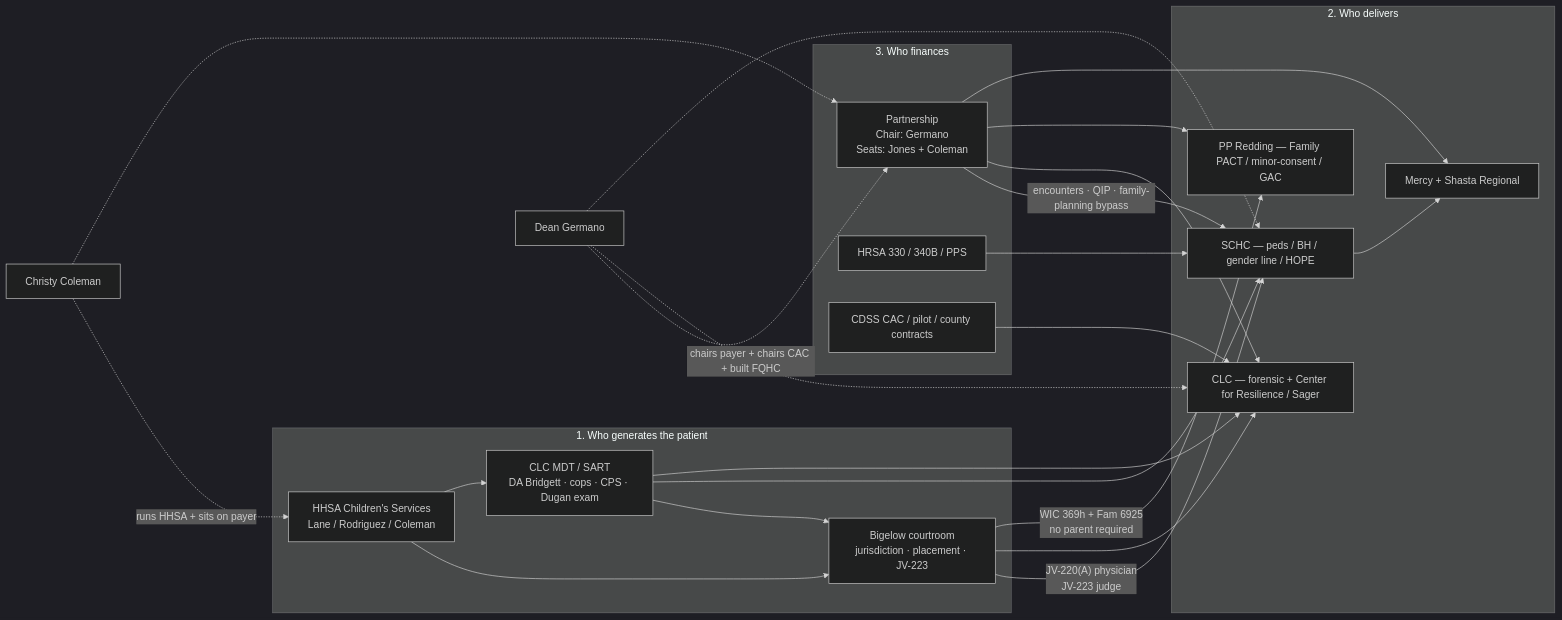
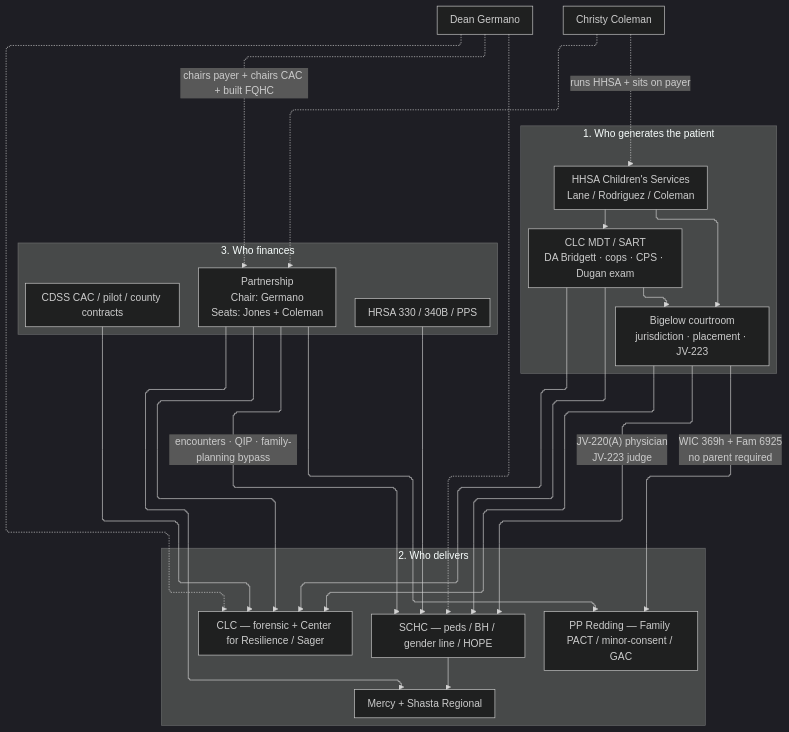
One commit to alyas77/shasta-county-public changed the diagram in Partnership/partnership-flow.mmd. Above: the diagram before and after it, drawn with Mermaid (dark theme). The commit also changed 5 other files, not shown here.

```diff
--- a/Partnership/partnership-flow.mmd
+++ b/Partnership/partnership-flow.mmd
@@ -1,40 +1,41 @@
-flowchart LR
+%%{init: {'flowchart': {'defaultRenderer': 'elk', 'curve': 'stepBefore', 'nodeSpacing': 18, 'rankSpacing': 24, 'padding': 10}}}%%
+flowchart TB
     subgraph ASK["1. Who generates the patient"]
         CPS["HHSA Children's Services<br/>Lane / Rodriguez / Coleman"]
         CT["Bigelow courtroom<br/>jurisdiction · placement · JV-223"]
         MDT["CLC MDT / SART<br/>DA Bridgett · cops · CPS · Dugan exam"]
         CPS --> CT
         CPS --> MDT
         MDT --> CT
     end
 
     subgraph TREAT["2. Who delivers"]
         SCHC2["SCHC — peds / BH / gender line / HOPE"]
         CLC2["CLC — forensic + Center for Resilience / Sager"]
         PP2["PP Redding — Family PACT / minor-consent / GAC"]
         MERCY2["Mercy + Shasta Regional"]
         MDT --> SCHC2
         MDT --> CLC2
         CT -->|"JV-220(A) physician<br/>JV-223 judge"| SCHC2
         CT --> CLC2
         CT -->|"WIC 369h + Fam 6925<br/>no parent required"| PP2
         SCHC2 --> MERCY2
     end
 
     subgraph PAY["3. Who finances"]
         PHC2["Partnership<br/>Chair: Germano<br/>Seats: Jones + Coleman"]
         HRSA["HRSA 330 / 340B / PPS"]
         CDSS["CDSS CAC / pilot / county contracts"]
         PHC2 -->|"encounters · QIP · family-planning bypass"| SCHC2
         PHC2 --> CLC2
         PHC2 --> PP2
         PHC2 --> MERCY2
         HRSA --> SCHC2
         CDSS --> CLC2
     end
 
     GER["Dean Germano"] -.->|"chairs payer + chairs CAC + built FQHC"| PHC2
     GER -.-> CLC2
     GER -.-> SCHC2
     COLE["Christy Coleman"] -.->|"runs HHSA + sits on payer"| CPS
     COLE -.-> PHC2
```
